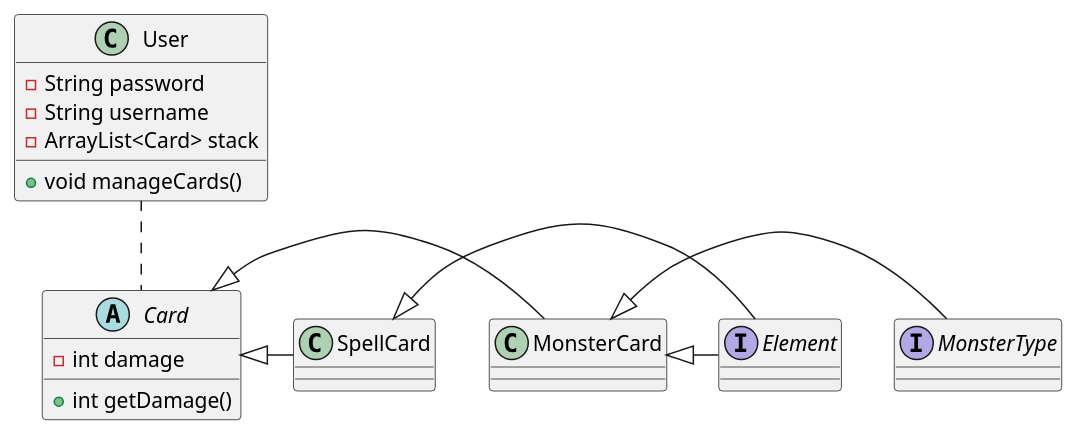
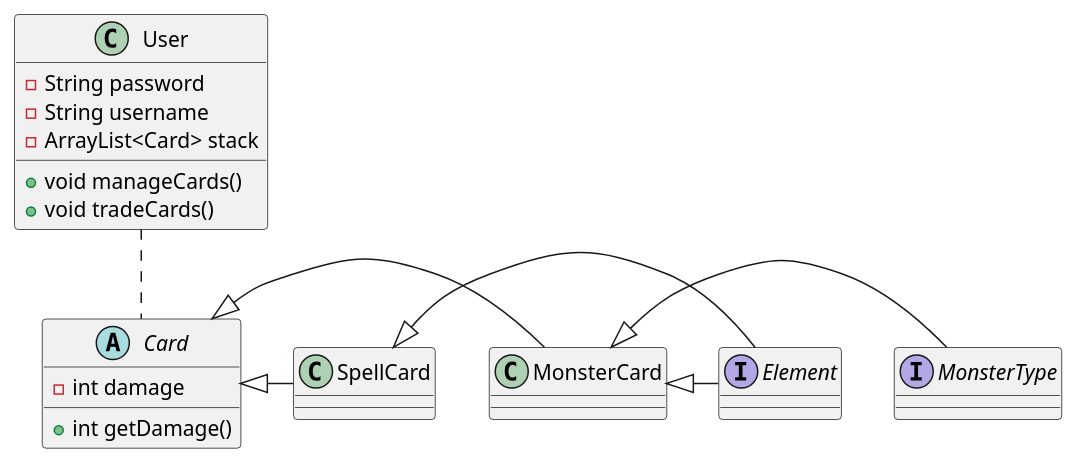
One commit to skyler544/mtcg changed the diagram in documentation/mtcg.puml. Above: the diagram before and after it, drawn with PlantUML.

Commit message:
add method for trading cards

```diff
--- a/documentation/mtcg.puml
+++ b/documentation/mtcg.puml
@@ -1,33 +1,34 @@
 @startuml
 
 class User {
         - String password
         - String username
         - ArrayList<Card> stack
 
         + void manageCards()
+        + void tradeCards()
 }
 
 User .. Card
 
 abstract class Card {
         - int damage
 
         + int getDamage()
 }
 
 class MonsterCard {}
 class SpellCard {}
 
 Card <|- MonsterCard
 Card <|- SpellCard
 
 MonsterCard <|- MonsterType
 MonsterCard <|- Element
 
 SpellCard <|- Element
 
 interface MonsterType {}
 interface Element {}
 
 @enduml
```
